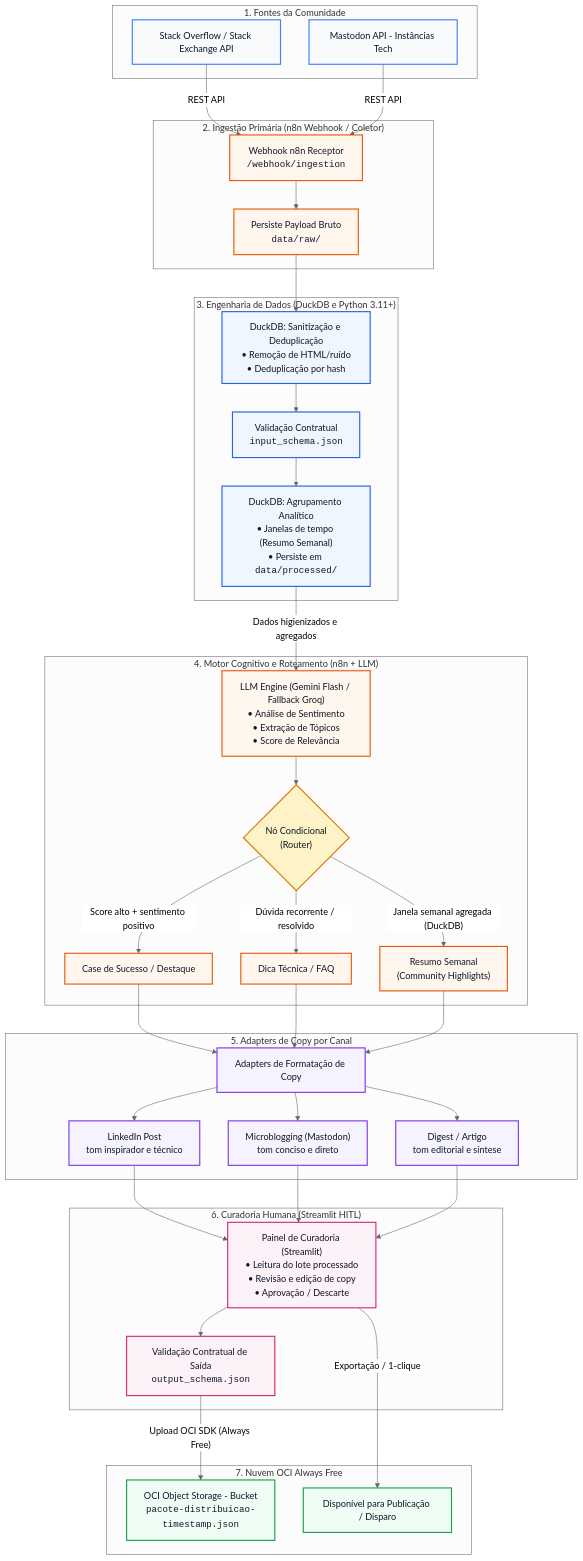
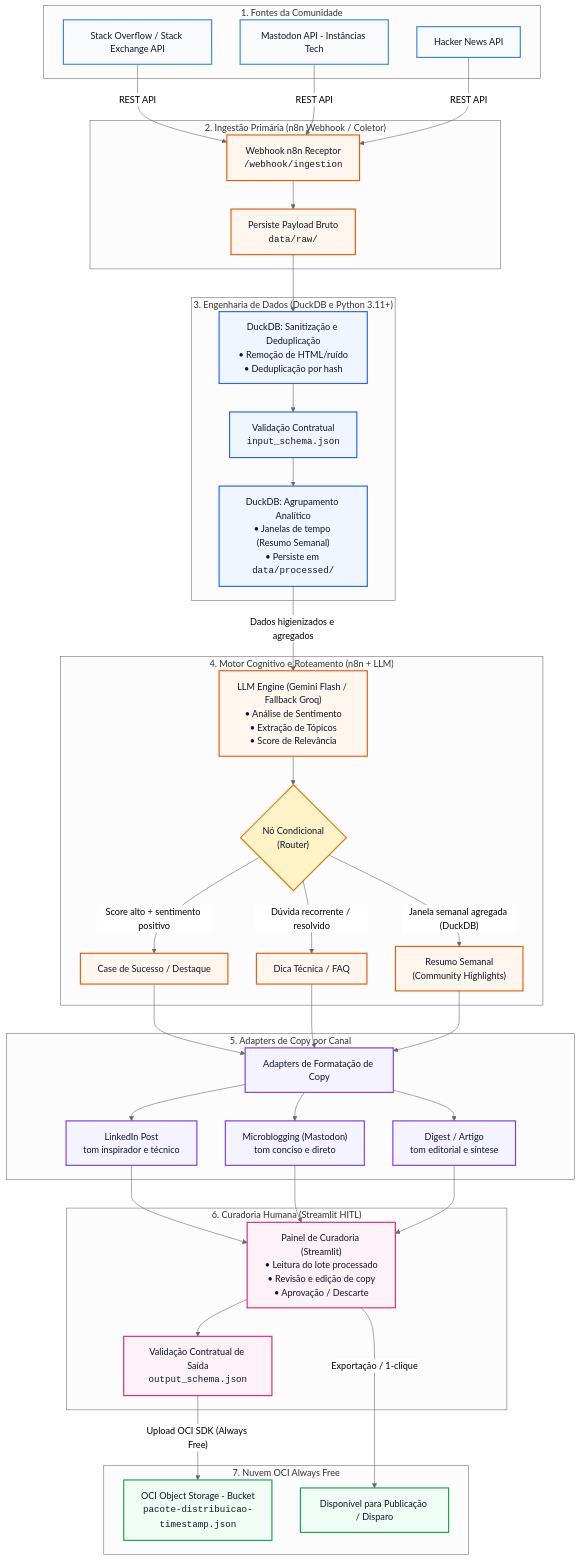
One commit to No-Country-simulation/G10-BRASIL-Equipe-14 changed the diagram in docs/specs/arquitetura-projeto.md. Above: the diagram before and after it, drawn with Mermaid (neutral theme). The commit also changed other lines of this file and 25 other files, not shown here.

```diff
--- a/docs/specs/arquitetura-projeto.md
+++ b/docs/specs/arquitetura-projeto.md
@@ -59,6 +60,7 @@
     subgraph Sources ["1. Fontes da Comunidade"]
         SRC_SO["Stack Overflow / Stack Exchange API"]:::source
         SRC_MST["Mastodon API - Instâncias Tech"]:::source
+        SRC_HN["Hacker News API"]:::source
     end
 
     %% 2. Ingestão Primária
@@ -107,6 +109,7 @@
     %% Conexões Lineares Integradas
     SRC_SO -->|"REST API"| HOOK
     SRC_MST -->|"REST API"| HOOK
+    SRC_HN -->|"REST API"| HOOK
 
     HOOK --> RAW_SAVE
     RAW_SAVE --> DUCK_CLEAN
```
